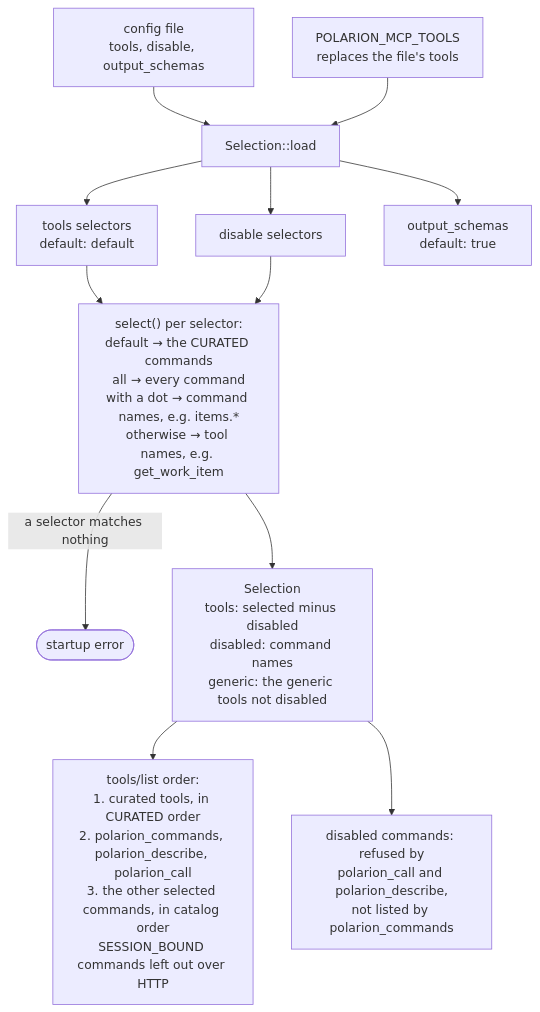
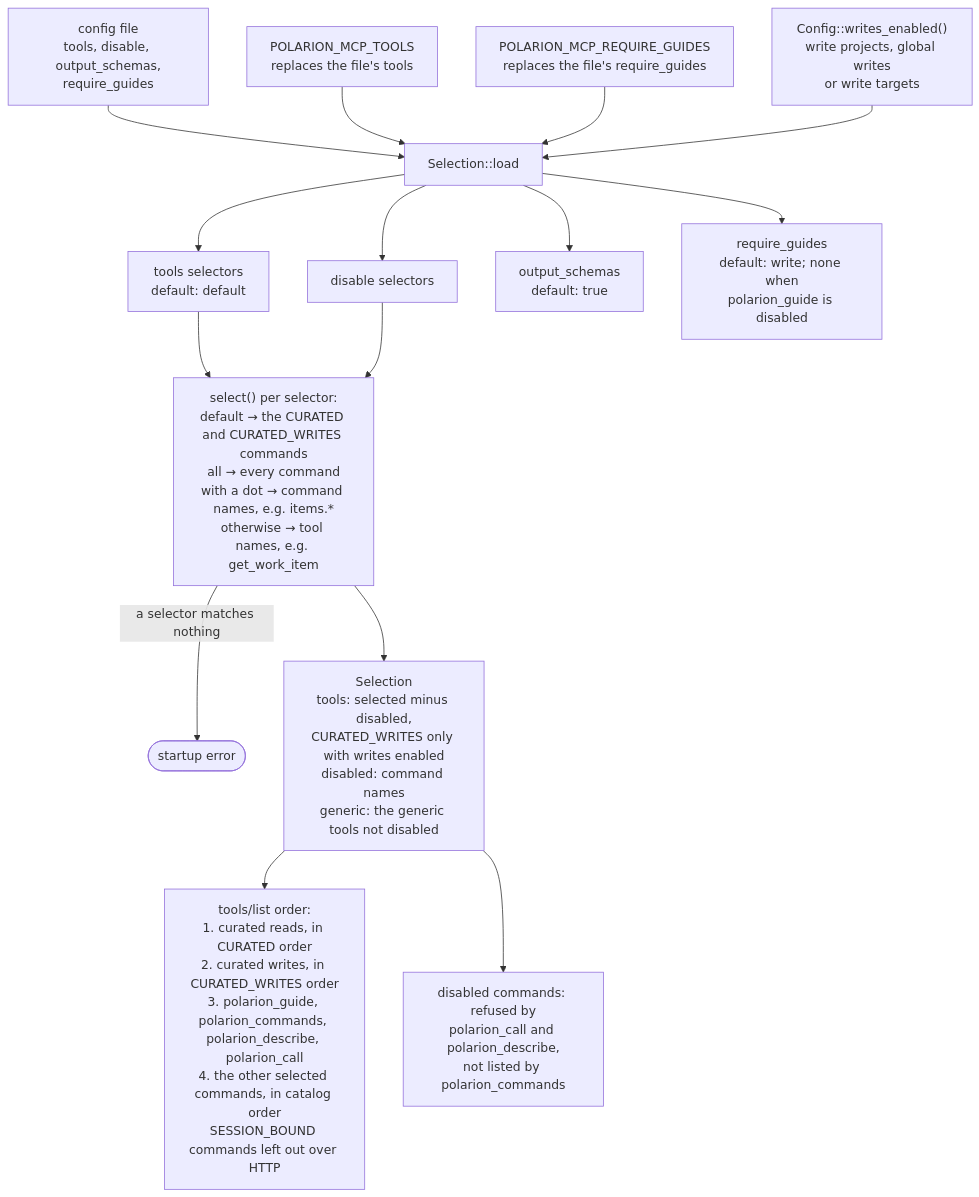
The third of 7 diagrams in docs/front-ends.md (KevinGliewe/Polarion-rs), drawn with Mermaid before and after one commit. The commit also changed other lines of this file and 210 other files, not shown here.

````diff
--- a/docs/front-ends.md
+++ b/docs/front-ends.md
@@ -65,13 +84,16 @@
 ```mermaid
 flowchart TD
-    file["config file<br/>tools, disable, output_schemas"] --> load["Selection::load"]
+    file["config file<br/>tools, disable, output_schemas,<br/>require_guides"] --> load["Selection::load"]
     env["POLARION_MCP_TOOLS<br/>replaces the file's tools"] --> load
+    genv["POLARION_MCP_REQUIRE_GUIDES<br/>replaces the file's require_guides"] --> load
+    writes["Config::writes_enabled()<br/>write projects, global writes<br/>or write targets"] --> load
     load --> t["tools selectors<br/>default: default"]
     load --> d["disable selectors"]
     load --> o["output_schemas<br/>default: true"]
-    t & d --> select["select() per selector:<br/>default → the CURATED commands<br/>all → every command<br/>with a dot → command names, e.g. items.*<br/>otherwise → tool names, e.g. get_work_item"]
+    load --> g["require_guides<br/>default: write; none when<br/>polarion_guide is disabled"]
+    t & d --> select["select() per selector:<br/>default → the CURATED and CURATED_WRITES commands<br/>all → every command<br/>with a dot → command names, e.g. items.*<br/>otherwise → tool names, e.g. get_work_item"]
     select -- "a selector matches nothing" --> fail(["startup error"])
-    select --> sel["Selection<br/>tools: selected minus disabled<br/>disabled: command names<br/>generic: the generic tools not disabled"]
-    sel --> list["tools/list order:<br/>1. curated tools, in CURATED order<br/>2. polarion_commands, polarion_describe, polarion_call<br/>3. the other selected commands, in catalog order<br/>SESSION_BOUND commands left out over HTTP"]
+    select --> sel["Selection<br/>tools: selected minus disabled,<br/>CURATED_WRITES only with writes enabled<br/>disabled: command names<br/>generic: the generic tools not disabled"]
+    sel --> list["tools/list order:<br/>1. curated reads, in CURATED order<br/>2. curated writes, in CURATED_WRITES order<br/>3. polarion_guide, polarion_commands, polarion_describe, polarion_call<br/>4. the other selected commands, in catalog order<br/>SESSION_BOUND commands left out over HTTP"]
     sel --> refuse["disabled commands: refused by<br/>polarion_call and polarion_describe,<br/>not listed by polarion_commands"]
 ```
````
